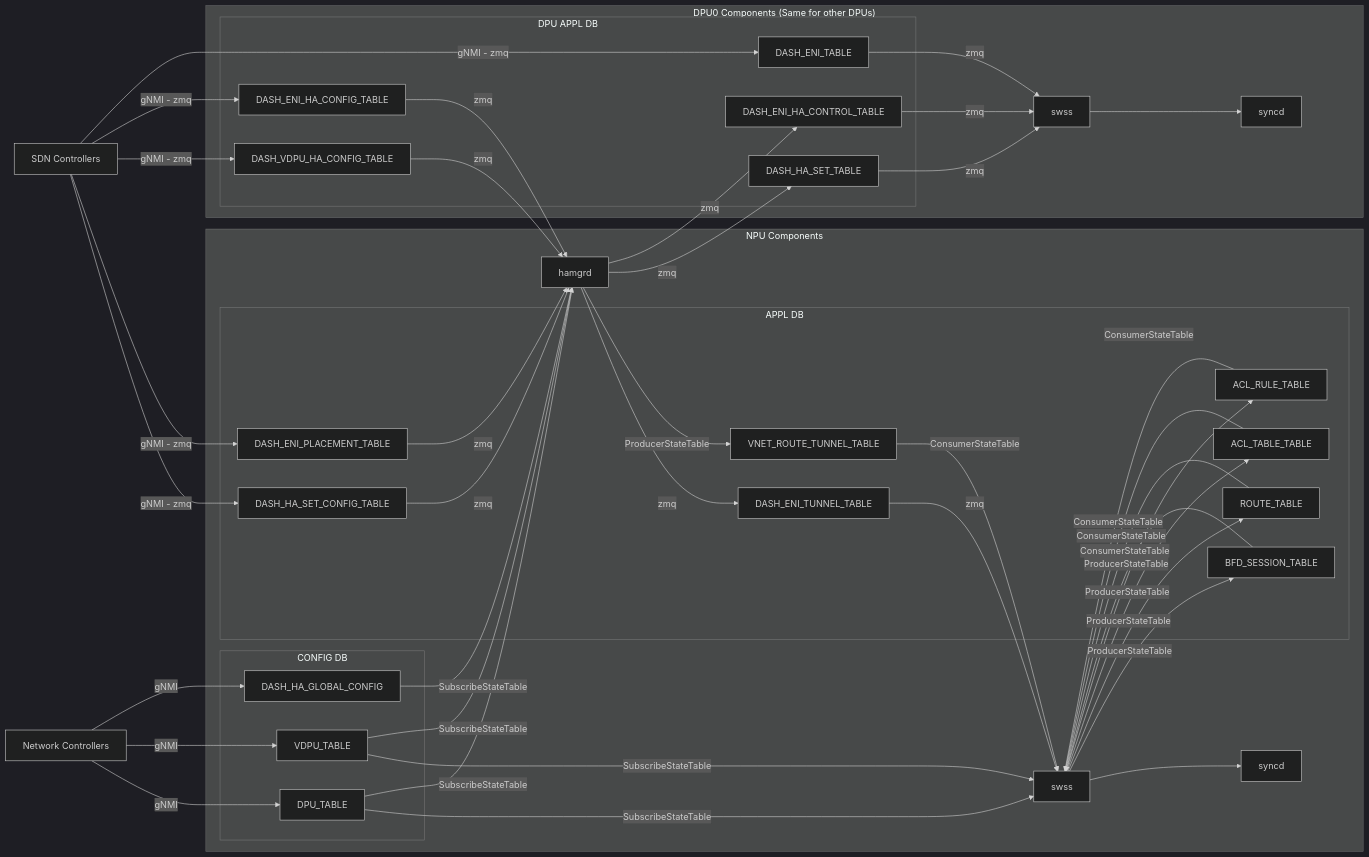
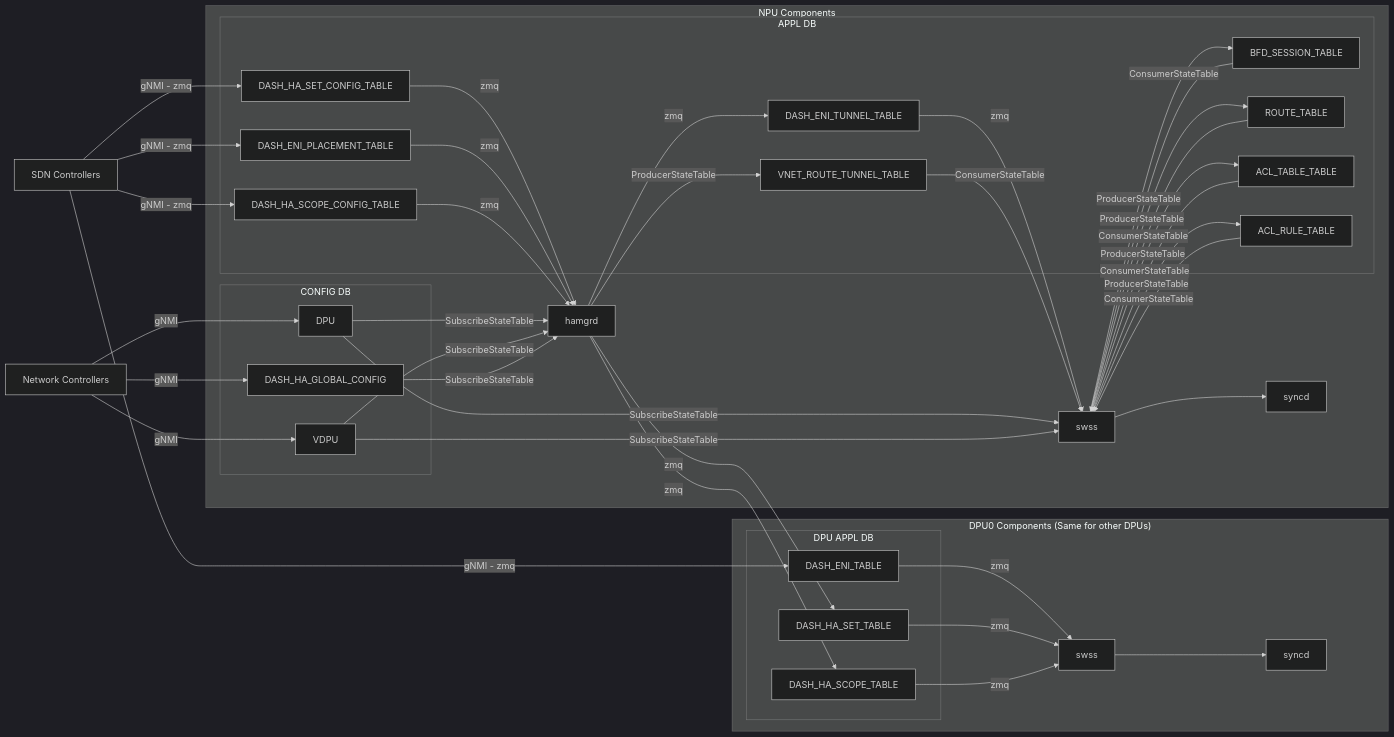
The first of 2 diagrams in doc/smart-switch/high-availability/smart-switch-ha-detailed-design.md (sonic-net/SONiC), drawn with Mermaid (dark theme) before and after one commit. The commit also changed other lines of this file, not shown here.

```diff
--- a/doc/smart-switch/high-availability/smart-switch-ha-detailed-design.md
+++ b/doc/smart-switch/high-availability/smart-switch-ha-detailed-design.md
@@ -79,8 +81,8 @@
       NPU_SYNCD[syncd]
 
       subgraph CONFIG DB
-         NPU_DPU[DPU_TABLE]
-         NPU_VDPU[VDPU_TABLE]
+         NPU_DPU[DPU]
+         NPU_VDPU[VDPU]
          NPU_DASH_HA_GLOBAL_CONFIG[DASH_HA_GLOBAL_CONFIG]
       end
 
@@ -94,6 +96,7 @@
          NPU_ACL_RULE[ACL_RULE_TABLE]
 
          NPU_DASH_HA_SET_CONFIG[DASH_HA_SET_CONFIG_TABLE]
+         NPU_DASH_HA_SCOPE_CONFIG[DASH_HA_SCOPE_CONFIG_TABLE]
          NPU_DASH_ENI_PLACEMENT[DASH_ENI_PLACEMENT_TABLE]
       end
    end
@@ -103,12 +106,10 @@
       DPU_SYNCD[syncd]
 
       subgraph DPU APPL DB
-         DPU_DASH_VDPU_HA_CONFIG[DASH_VDPU_HA_CONFIG_TABLE]
-         DPU_DASH_ENI_HA_CONFIG[DASH_ENI_HA_CONFIG_TABLE]
 
          DPU_DASH_ENI[DASH_ENI_TABLE]
          DPU_DASH_HA_SET[DASH_HA_SET_TABLE]
-         DPU_DASH_ENI_HA_BULK_SYNC_SESSION[DASH_ENI_HA_CONTROL_TABLE]
+         DPU_DASH_HA_SCOPE_TABLE[DASH_HA_SCOPE_TABLE]
       end
    end
 
@@ -118,11 +119,10 @@
    NC --> |gNMI| NPU_DASH_HA_GLOBAL_CONFIG
 
    SC --> |gNMI - zmq| NPU_DASH_HA_SET_CONFIG
+   SC --> |gNMI - zmq| NPU_DASH_HA_SCOPE_CONFIG
    SC --> |gNMI - zmq| NPU_DASH_ENI_PLACEMENT
 
    %% Upstream services --> DPU northboard interfaces:
-   SC --> |gNMI - zmq| DPU_DASH_VDPU_HA_CONFIG
-   SC --> |gNMI - zmq| DPU_DASH_ENI_HA_CONFIG
    SC --> |gNMI - zmq| DPU_DASH_ENI
 
    %% NPU tables --> NPU side SWSS:
@@ -148,8 +148,7 @@
    NPU_DASH_HA_GLOBAL_CONFIG --> |SubscribeStateTable| NPU_HAMGRD
    NPU_DASH_HA_SET_CONFIG --> |zmq| NPU_HAMGRD
    NPU_DASH_ENI_PLACEMENT --> |zmq| NPU_HAMGRD
-   DPU_DASH_VDPU_HA_CONFIG --> |zmq| NPU_HAMGRD
-   DPU_DASH_ENI_HA_CONFIG --> |zmq| NPU_HAMGRD
+   NPU_DASH_HA_SCOPE_CONFIG --> |zmq| NPU_HAMGRD
 
    %% hamgrd --> NPU tables:
    NPU_HAMGRD --> |zmq| NPU_DASH_ENI_TUNNEL_TABLE
@@ -157,12 +156,12 @@
 
    %% hamgrd --> DPU tables:
    NPU_HAMGRD --> |zmq| DPU_DASH_HA_SET
-   NPU_HAMGRD --> |zmq| DPU_DASH_ENI_HA_BULK_SYNC_SESSION
+   NPU_HAMGRD --> |zmq| DPU_DASH_HA_SCOPE_TABLE
 
    %% DPU tables --> DPU SWSS:
    DPU_DASH_ENI --> |zmq| DPU_SWSS
    DPU_DASH_HA_SET --> |zmq| DPU_SWSS
-   DPU_DASH_ENI_HA_BULK_SYNC_SESSION --> |zmq| DPU_SWSS
+   DPU_DASH_HA_SCOPE_TABLE --> |zmq| DPU_SWSS
 
    %% DPU SWSS -> DPU syncd
    DPU_SWSS --> DPU_SYNCD
```
